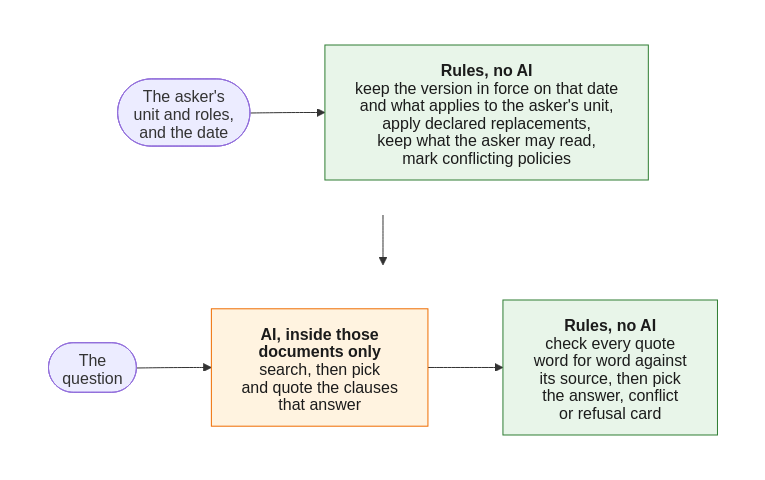
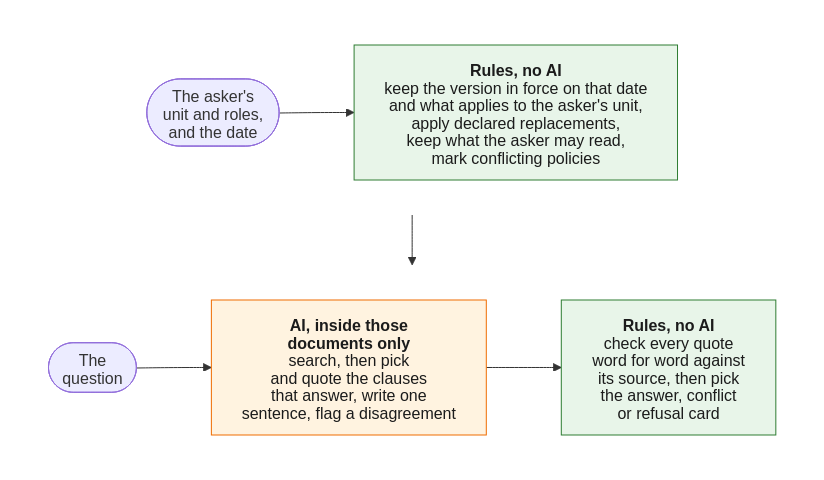
One commit to Park-Hip/next-gen-2026 changed the diagram in README.md. Above: the diagram before and after it, drawn with Mermaid. The commit also changed other lines of this file and 1 other file, not shown here.

````diff
--- a/README.md
+++ b/README.md
@@ -223,43 +165,44 @@
 ```mermaid
 ---
 config:
   htmlLabels: false
   flowchart:
     htmlLabels: false
     wrappingWidth: 400
     diagramPadding: 8
 ---
 flowchart TB
     subgraph before[" "]
         direction LR
         who(["The asker's<br/>unit and roles,<br/>and the date"]) --> rules1["`**Rules, no AI**
         keep the version in force on that date
         and what applies to the asker's unit,
         apply declared replacements,
         keep what the asker may read,
         mark conflicting policies`"]
     end
 
     subgraph after[" "]
         direction LR
         question(["The<br/>question"]) --> ai["`**AI, inside those**
         **documents only**
         search, then pick
         and quote the clauses
-        that answer`"]
+        that answer, write one
+        sentence, flag a disagreement`"]
         ai --> rules2["`**Rules, no AI**
         check every quote
         word for word against
         its source, then pick
         the answer, conflict
         or refusal card`"]
     end
 
     before --> after
 
     style rules1 fill:#e8f5e9,stroke:#2e7d32,color:#1b1b1b
     style rules2 fill:#e8f5e9,stroke:#2e7d32,color:#1b1b1b
     style ai fill:#fff3e0,stroke:#ef6c00,color:#1b1b1b
     style before fill:transparent,stroke:transparent
     style after fill:transparent,stroke:transparent
 ```
````
